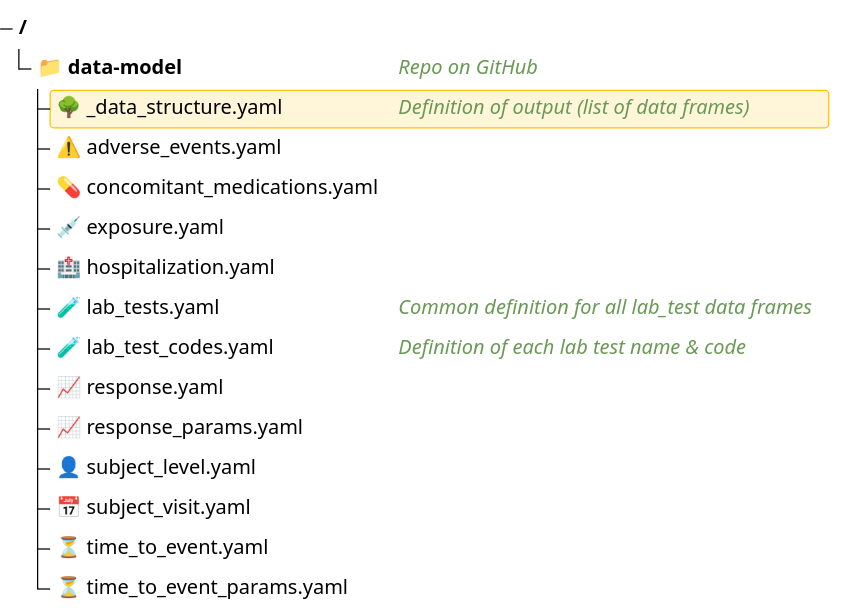
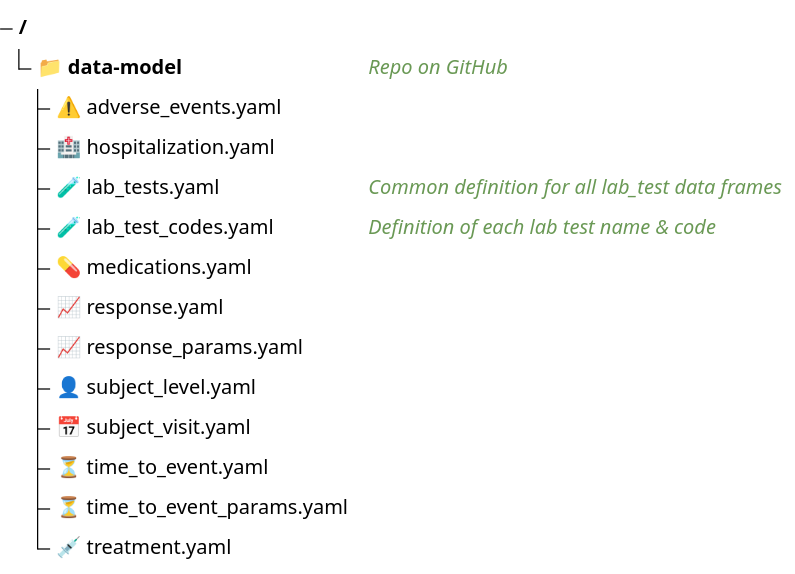
One commit to leslem/positconf2026 changed the diagram in data-model-directory-treeView.mmd. Above: the diagram before and after it, drawn with Mermaid. The commit also changed 41 other files, not shown here.

Commit message:
Redesign key diagrams and work on session 3 feedback

```diff
--- a/data-model-directory-treeView.mmd
+++ b/data-model-directory-treeView.mmd
@@ -1,15 +1,15 @@
+%%{init: {'themeCSS': '.treeView-node-description { fill: #4F4A4A; }'}}%%
 treeView-beta
 📁 data-model/  ## Repo on GitHub
-    🌳 _data_structure.yaml  :::highlight  ## Definition of output (list of data frames)
     ⚠️ adverse_events.yaml
-    💊 concomitant_medications.yaml
-    💉 exposure.yaml
     🏥 hospitalization.yaml
     🧪 lab_tests.yaml  ## Common definition for all lab_test data frames
     🧪 lab_test_codes.yaml  ## Definition of each lab test name & code
+    💊 medications.yaml
     📈 response.yaml
     📈 response_params.yaml
     👤 subject_level.yaml
     📅 subject_visit.yaml
     ⏳ time_to_event.yaml
     ⏳ time_to_event_params.yaml
+    💉 treatment.yaml
```
